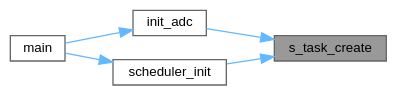
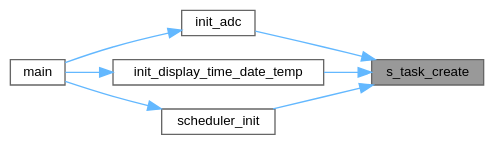
Before and after one commit to Ghaadyy/elevator-controller: the diagram in dev/scheduler_8c_aa30bd78cb4f99124163a56d65a6cf27f_icgraph.dot, drawn with Graphviz. The commit also changed 80 other files, not shown here.

```diff
--- a/dev/scheduler_8c_aa30bd78cb4f99124163a56d65a6cf27f_icgraph.dot
+++ b/dev/scheduler_8c_aa30bd78cb4f99124163a56d65a6cf27f_icgraph.dot
@@ -1,16 +1,19 @@
 digraph "s_task_create"
 {
  // LATEX_PDF_SIZE
   bgcolor="transparent";
   edge [fontname=Helvetica,fontsize=10,labelfontname=Helvetica,labelfontsize=10];
   node [fontname=Helvetica,fontsize=10,shape=box,height=0.2,width=0.4];
   rankdir="RL";
   Node1 [id="Node000001",label="s_task_create",height=0.2,width=0.4,color="gray40", fillcolor="grey60", style="filled", fontcolor="black",tooltip=" "];
   Node1 -> Node2 [id="edge1_Node000001_Node000002",dir="back",color="steelblue1",style="solid",tooltip=" "];
   Node2 [id="Node000002",label="init_adc",height=0.2,width=0.4,color="grey40", fillcolor="white", style="filled",URL="$adc_8c.html#a3d7b3a08f92c17af6f1729e423a8e138",tooltip=" "];
   Node2 -> Node3 [id="edge2_Node000002_Node000003",dir="back",color="steelblue1",style="solid",tooltip=" "];
   Node3 [id="Node000003",label="main",height=0.2,width=0.4,color="grey40", fillcolor="white", style="filled",URL="$main_8c.html#acdef7a1fd863a6d3770c1268cb06add3",tooltip=" "];
   Node1 -> Node4 [id="edge3_Node000001_Node000004",dir="back",color="steelblue1",style="solid",tooltip=" "];
-  Node4 [id="Node000004",label="scheduler_init",height=0.2,width=0.4,color="grey40", fillcolor="white", style="filled",URL="$scheduler_8c.html#a9e691eab2c26becb246e80421cfdd571",tooltip=" "];
+  Node4 [id="Node000004",label="init_display_time_date_temp",height=0.2,width=0.4,color="grey40", fillcolor="white", style="filled",URL="$display__time__date__temp_8c.html#a08d88c70d567692f6f4900a3842eda5a",tooltip="Initialize and start the task."];
   Node4 -> Node3 [id="edge4_Node000004_Node000003",dir="back",color="steelblue1",style="solid",tooltip=" "];
+  Node1 -> Node5 [id="edge5_Node000001_Node000005",dir="back",color="steelblue1",style="solid",tooltip=" "];
+  Node5 [id="Node000005",label="scheduler_init",height=0.2,width=0.4,color="grey40", fillcolor="white", style="filled",URL="$scheduler_8c.html#a9e691eab2c26becb246e80421cfdd571",tooltip=" "];
+  Node5 -> Node3 [id="edge6_Node000005_Node000003",dir="back",color="steelblue1",style="solid",tooltip=" "];
 }
```
